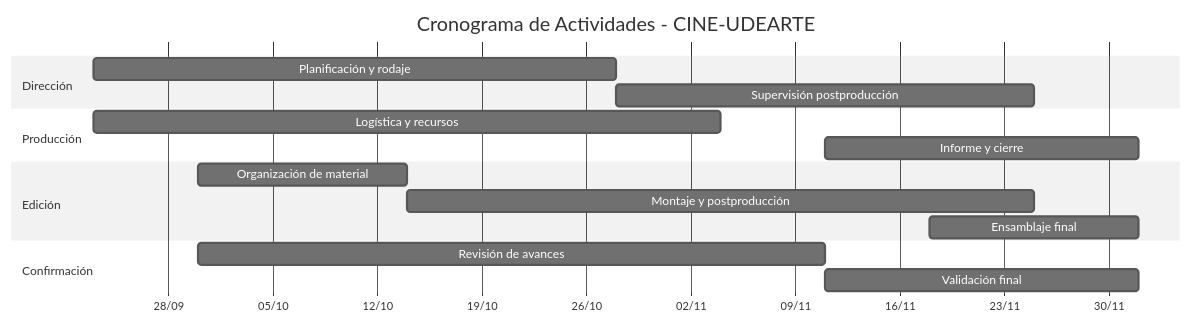
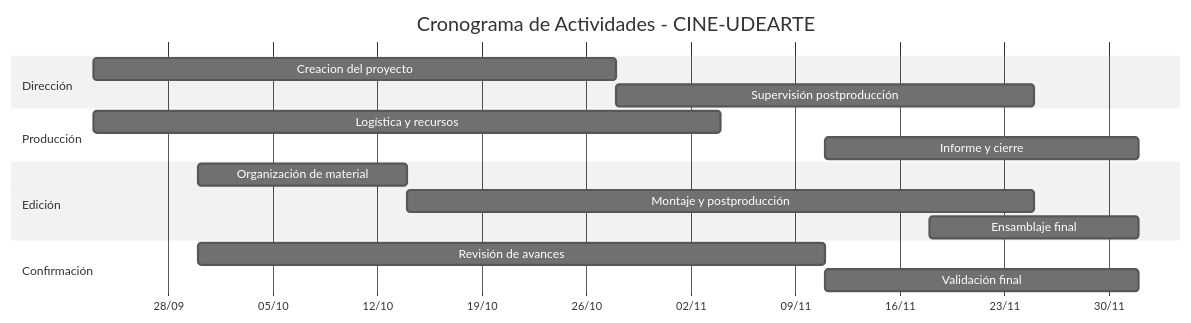
Before and after one commit to JonhyOC/CINE-UDEARTE: the diagram in README.md, drawn with Mermaid (neutral theme).

````diff
--- a/README.md
+++ b/README.md
@@ -130,23 +130,23 @@
 ```mermaid
 gantt
     title Cronograma de Actividades - CINE-UDEARTE
     dateFormat  YYYY-MM-DD
     axisFormat  %d/%m
 
     section Dirección
-    Planificación y rodaje            :dir1, 2025-09-23, 5w
+    Creacion del proyecto             :dir1, 2025-09-23, 5w
     Supervisión postproducción        :dir2, 2025-10-28, 4w
 
     section Producción
     Logística y recursos              :prod1, 2025-09-23, 6w
     Informe y cierre                  :prod2, 2025-11-11, 3w
 
     section Edición
     Organización de material          :edit1, 2025-09-30, 2w
     Montaje y postproducción          :edit2, 2025-10-14, 6w
     Ensamblaje final                  :edit3, 2025-11-18, 2w
 
     section Confirmación
     Revisión de avances               :conf1, 2025-09-30, 6w
     Validación final                  :conf2, 2025-11-11, 3w
 ```
````
